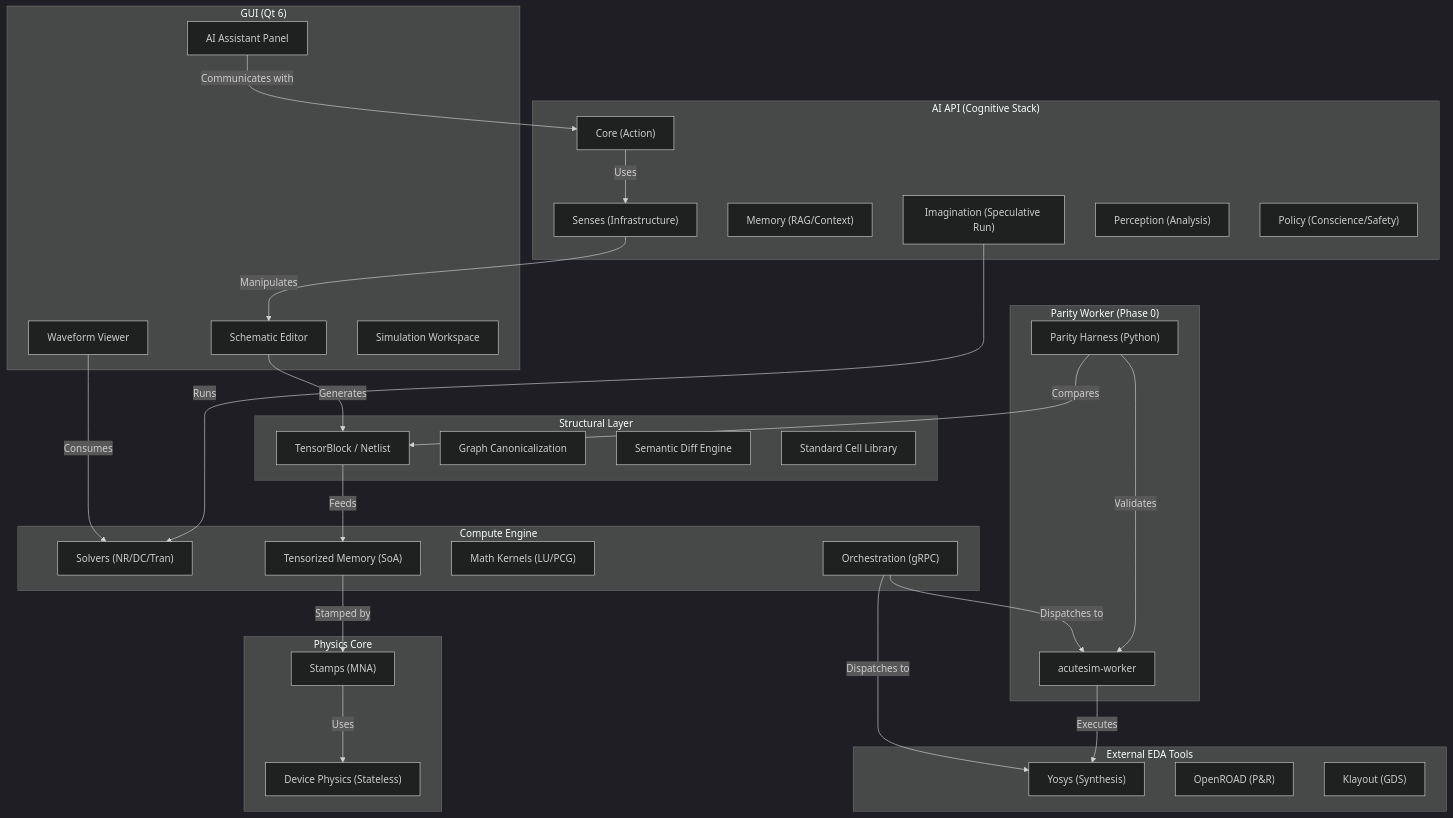
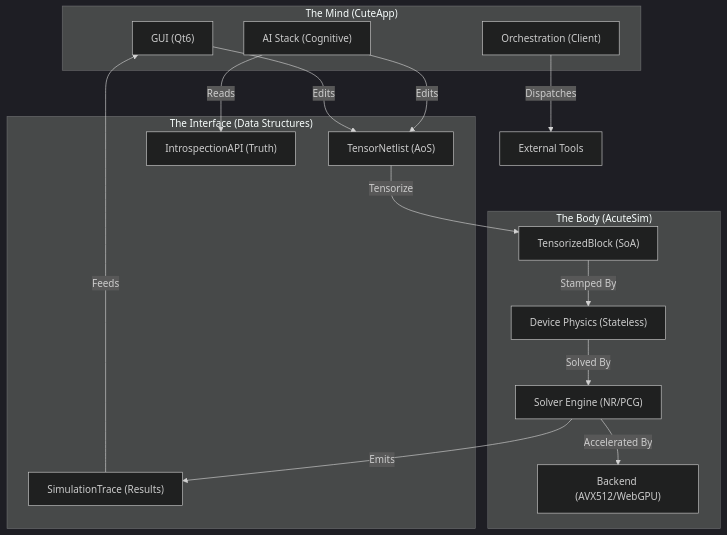
Before and after one commit to Seshak-code/OpenVLSI: the diagram in context.md, drawn with Mermaid (dark theme). The commit also changed other lines of this file and 54 other files, not shown here.

Commit message:
feat: Introduce editor management, code editor, hierarchy path, subcircuit resolution, and add numerous standard/PDK schematic cells.

````diff
--- a/context.md
+++ b/context.md
@@ -7,64 +11,33 @@
 ```mermaid
 graph TD
-    subgraph GUI ["GUI (Qt 6)"]
-        SE["Schematic Editor"]
-        AV["AI Assistant Panel"]
-        WV["Waveform Viewer"]
-        WS["Simulation Workspace"]
+    subgraph Mind ["The Mind (CuteApp)"]
+        UI["GUI (Qt6)"]
+        AI["AI Stack (Cognitive)"]
+        Orch["Orchestration (Client)"]
     end
 
-    subgraph AI_API ["AI API (Cognitive Stack)"]
-        Core["Core (Action)"]
-        Sens["Senses (Infrastructure)"]
-        Mem["Memory (RAG/Context)"]
-        Imag["Imagination (Speculative Run)"]
-        Perc["Perception (Analysis)"]
-        Pol["Policy (Conscience/Safety)"]
+    subgraph Interface ["The Interface (Data Structures)"]
+        Def["TensorNetlist (AoS)"]
+        State["SimulationTrace (Results)"]
+        Intro["IntrospectionAPI (Truth)"]
     end
 
-    subgraph Structural ["Structural Layer"]
-        TB["TensorBlock / Netlist"]
-        GC["Graph Canonicalization"]
-        Diff["Semantic Diff Engine"]
-        SC["Standard Cell Library"]
+    subgraph Body ["The Body (AcuteSim)"]
+        Tens["TensorizedBlock (SoA)"]
+        Phys["Device Physics (Stateless)"]
+        Solv["Solver Engine (NR/PCG)"]
+        Kern["Backend (AVX512/WebGPU)"]
     end
 
-    subgraph Compute ["Compute Engine"]
-        Solv["Solvers (NR/DC/Tran)"]
-        Tens["Tensorized Memory (SoA)"]
-        Math["Math Kernels (LU/PCG)"]
-        Orch["Orchestration (gRPC)"]
-    end
-
-    subgraph Physics ["Physics Core"]
-        DP["Device Physics (Stateless)"]
-        Stmp["Stamps (MNA)"]
-    end
-
-    subgraph External ["External EDA Tools"]
-        Yosys["Yosys (Synthesis)"]
-        OR["OpenROAD (P&R)"]
-        KL["Klayout (GDS)"]
-    end
-
-    subgraph Worker ["Parity Worker (Phase 0)"]
-        ASW["acutesim-worker"]
-        PH["Parity Harness (Python)"]
-    end
-
-    %% Interconnections
-    SE -->|Generates| TB
-    TB -->|Feeds| Tens
-    Tens -->|Stamped by| Stmp
-    Stmp -->|Uses| DP
-    WV -->|Consumes| Solv
-    AV -->|Communicates with| Core
-    Core -->|Uses| Sens
-    Sens -->|Manipulates| SE
-    Imag -->|Runs| Solv
-    Orch -->|Dispatches to| Yosys
-    Orch -->|Dispatches to| ASW
-    ASW -->|Executes| Yosys
-    PH -->|Validates| ASW
-    PH -->|Compares| TB
+    UI -->|Edits| Def
+    AI -->|Reads| Intro
+    AI -->|Edits| Def
+    Orch -->|Dispatches| Ext[External Tools]
+    
+    Def -->|Tensorize| Tens
+    Tens -->|Stamped By| Phys
+    Phys -->|Solved By| Solv
+    Solv -->|Accelerated By| Kern
+    Solv -->|Emits| State
+    State -->|Feeds| UI
 ```
````
